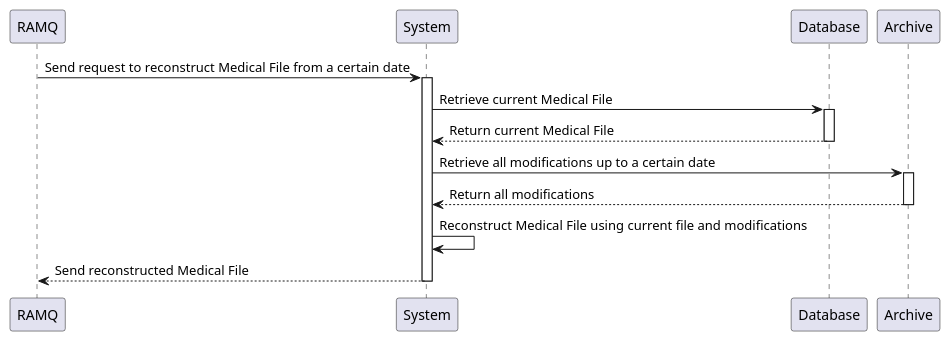
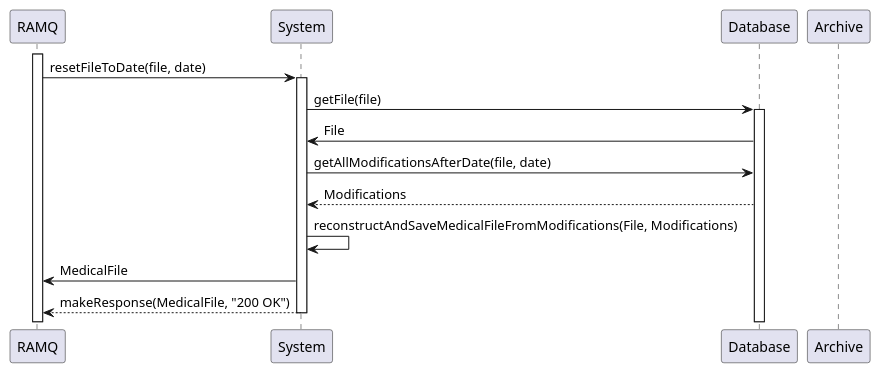
The diagram in plantUml/sequence-reconstrunct-Date.puml (KevenJAntenor/Quebec-Centralized-Medical-Record-System), drawn with PlantUML before and after one commit. The commit also changed other lines of this file and 6 other files, not shown here.

Commit message:
diagram: multiple changes to sequence diagrams

```diff
--- a/plantUml/sequence-reconstrunct-Date.puml
+++ b/plantUml/sequence-reconstrunct-Date.puml
@@ -1,23 +1,22 @@
-@startuml reconstructMedicalFileFromDate
+@startuml
 
 participant "RAMQ" as RAMQ
 participant "System" as System
 participant "Database" as Database
-participant "Archive" as Archive
 
-RAMQ -> System: Send request to reconstruct Medical File from a certain date
+activate RAMQ
+RAMQ -> System: resetFileToDate(file, date)
 activate System
-System -> Database: Retrieve current Medical File
+System -> Database: getFile(file)
 activate Database
-Database --> System: Return current Medical File
-deactivate Database
-System -> Archive: Retrieve all modifications up to a certain date
-activate Archive
-Archive --> System: Return all modifications
+Database -> System: File
+System -> Database: getAllModificationsAfterDate(file, date)
+Database --> System: Modifications
 deactivate Archive
-System -> System: Reconstruct Medical File using current file and modifications
-System --> RAMQ: Send reconstructed Medical File
+System -> System: reconstructAndSaveMedicalFileFromModifications(File, Modifications)
+System -> RAMQ: MedicalFile
+System --> RAMQ: makeResponse(MedicalFile, "200 OK")
 
 deactivate System
 
 @enduml
```
